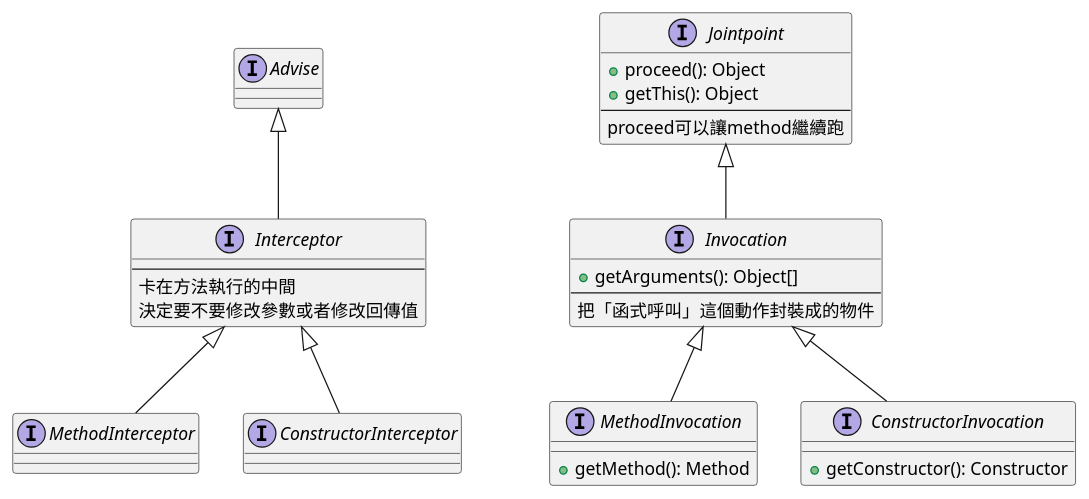
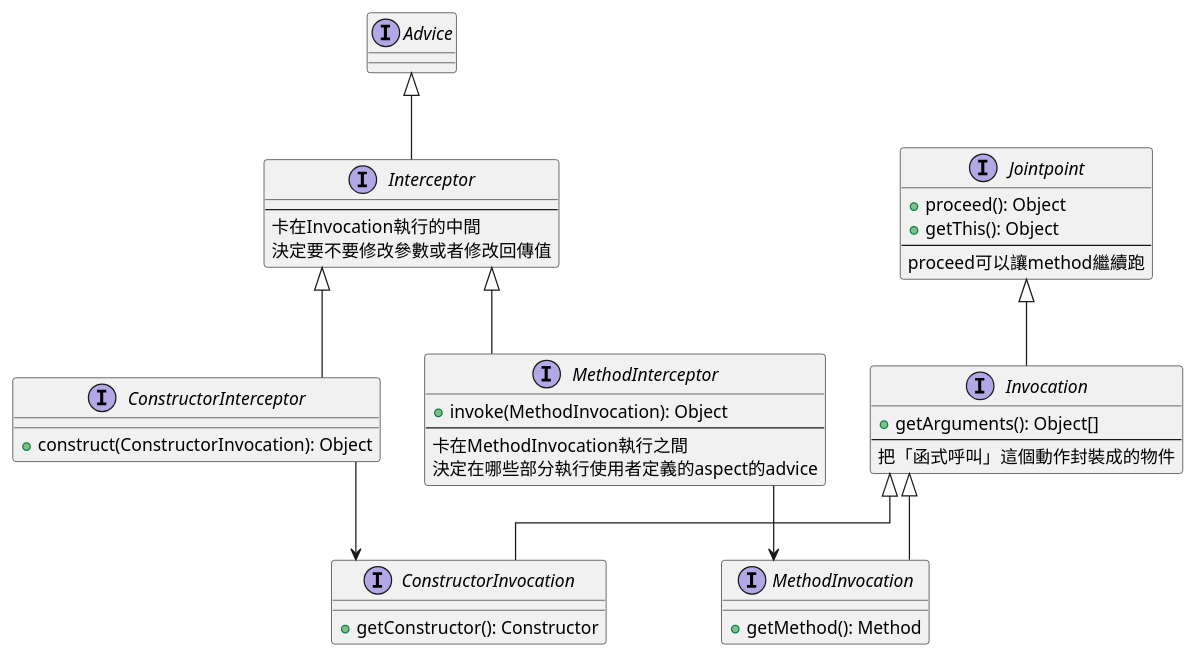
Before and after one commit to LeeYenChieh/Software_Engineering_Design2025FALL: the diagram in spring/aopalliance/overview.puml, drawn with PlantUML. The commit also changed 39 other files, not shown here.

```diff
--- a/spring/aopalliance/overview.puml
+++ b/spring/aopalliance/overview.puml
@@ -1,51 +1,59 @@
 @startuml overview
-interface Advise{
+skinparam linetype ortho
+
+interface Advice{
 
 }
 
 interface Interceptor{
 --
-卡在方法執行的中間
+卡在Invocation執行的中間
 決定要不要修改參數或者修改回傳值
 }
 
-Advise <|-- Interceptor
+Advice <|-- Interceptor
 
 interface Jointpoint{
     + proceed(): Object
     + getThis(): Object
     --
     proceed可以讓method繼續跑
 }
 
 interface Invocation{
     + getArguments(): Object[]
 --
 把「函式呼叫」這個動作封裝成的物件
 }
 
 Jointpoint <|-- Invocation
 
 interface MethodInterceptor{
-
+    + invoke(MethodInvocation): Object
+    --
+    卡在MethodInvocation執行之間
+    決定在哪些部分執行使用者定義的aspect的advice
 }
 
 interface MethodInvocation{
     + getMethod(): Method
 }
 
 Interceptor <|-- MethodInterceptor
 Invocation <|-- MethodInvocation
 
 
 interface ConstructorInterceptor{
-
+    + construct(ConstructorInvocation): Object
 }
 
 interface ConstructorInvocation{
     + getConstructor(): Constructor
 }
 
 Interceptor <|-- ConstructorInterceptor
 Invocation <|-- ConstructorInvocation
+
+MethodInterceptor --> MethodInvocation
+ConstructorInterceptor --> ConstructorInvocation
 @enduml
```
